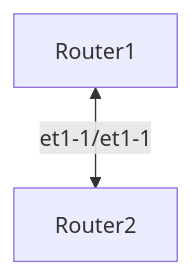
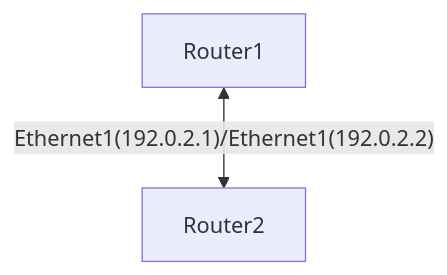
Before and after one commit to chadell/nornir-playground: the diagram in README.md, drawn with Mermaid. The commit also changed other lines of this file and 1 other file, not shown here.

````diff
--- a/README.md
+++ b/README.md
@@ -18,4 +23,4 @@
 ```mermaid
 graph TD;
-    Router1<--et1-1/et1-1-->Router2;
+    Router1<--Ethernet1(192.0.2.1)/Ethernet1(192.0.2.2)-->Router2;
 ```
````
